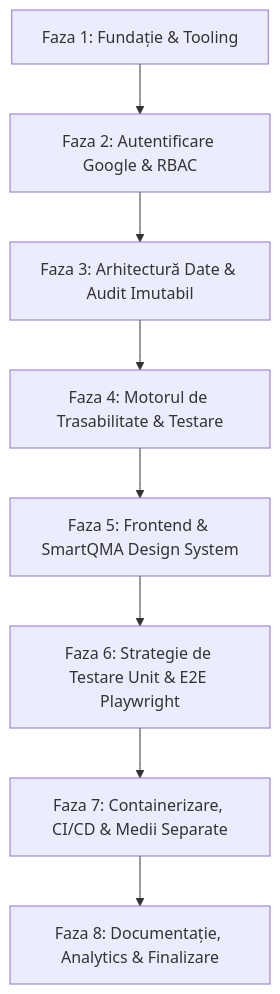
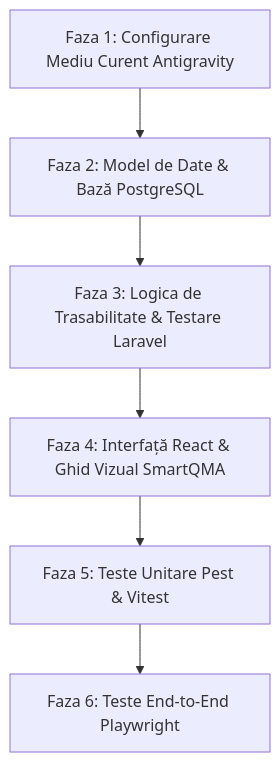
The diagram in docs/ACTION_PLAN.md (sebiseba2022/SmartQMA), drawn with Mermaid before and after one commit. The commit also changed other lines of this file and 2 other files, not shown here.

Commit message:
docs: simplificare plan si standarde - focus pe mediu curent, teste unitare, E2E si ghid vizual

````diff
--- a/docs/ACTION_PLAN.md
+++ b/docs/ACTION_PLAN.md
@@ -35,10 +28,8 @@
 ```mermaid
 flowchart TD
-    F1[Faza 1: Fundație & Tooling] --> F2[Faza 2: Autentificare Google & RBAC]
-    F2 --> F3[Faza 3: Arhitectură Date & Audit Imutabil]
-    F3 --> F4[Faza 4: Motorul de Trasabilitate & Testare]
-    F4 --> F5[Faza 5: Frontend & SmartQMA Design System]
-    F5 --> F6[Faza 6: Strategie de Testare Unit & E2E Playwright]
-    F6 --> F7[Faza 7: Containerizare, CI/CD & Medii Separate]
-    F7 --> F8[Faza 8: Documentație, Analytics & Finalizare]
+    F1[Faza 1: Configurare Mediu Curent Antigravity] --> F2[Faza 2: Model de Date & Bază PostgreSQL]
+    F2 --> F3[Faza 3: Logica de Trasabilitate & Testare Laravel]
+    F3 --> F4[Faza 4: Interfață React & Ghid Vizual SmartQMA]
+    F4 --> F5[Faza 5: Teste Unitare Pest & Vitest]
+    F5 --> F6[Faza 6: Teste End-to-End Playwright]
 ```
````
